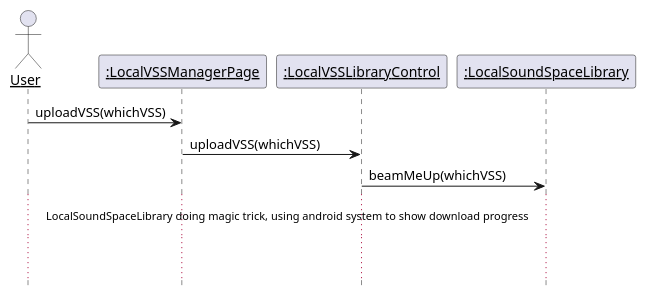
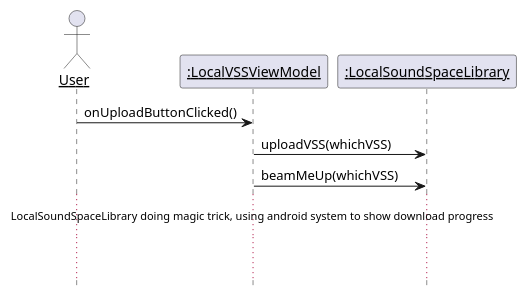
One commit to kpp19920121/doc changed diagram 19 of 30 in 设计/顺序图.md. Above: the diagram before and after it, drawn with PlantUML. The commit also changed other lines of this file and 2 other files, not shown here.

Commit message:
【UI】修改UploadVSS
- 修改UploadVSS顺序图：改为ViewModel
- 修改了DeleteVSS的一些细节

````diff
--- a/设计/顺序图.md
+++ b/设计/顺序图.md
@@ -634,17 +635,16 @@
 ```PlantUML
 @startuml Diagrams/UploadVSS
 hide footbox
 skinparam sequenceParticipant underline
 
 actor User as user
-participant ":LocalVSSManagerPage" as page
-participant ":LocalVSSLibraryControl" as control
+participant ":LocalVSSViewModel" as viewModel
 participant ":LocalSoundSpaceLibrary" as library
 
-user -> page: uploadVSS(whichVSS)
-page -> control: uploadVSS(whichVSS)
-control -> library: beamMeUp(whichVSS)
+user -> viewModel: onUploadButtonClicked()
+viewModel -> library: uploadVSS(whichVSS)
+viewModel -> library: beamMeUp(whichVSS)
 ...LocalSoundSpaceLibrary doing magic trick, using android system to show download progress...
 ...There are no other ways to show that a local sound space is finished uploading other than android system notices...
 @enduml
 ```
````
